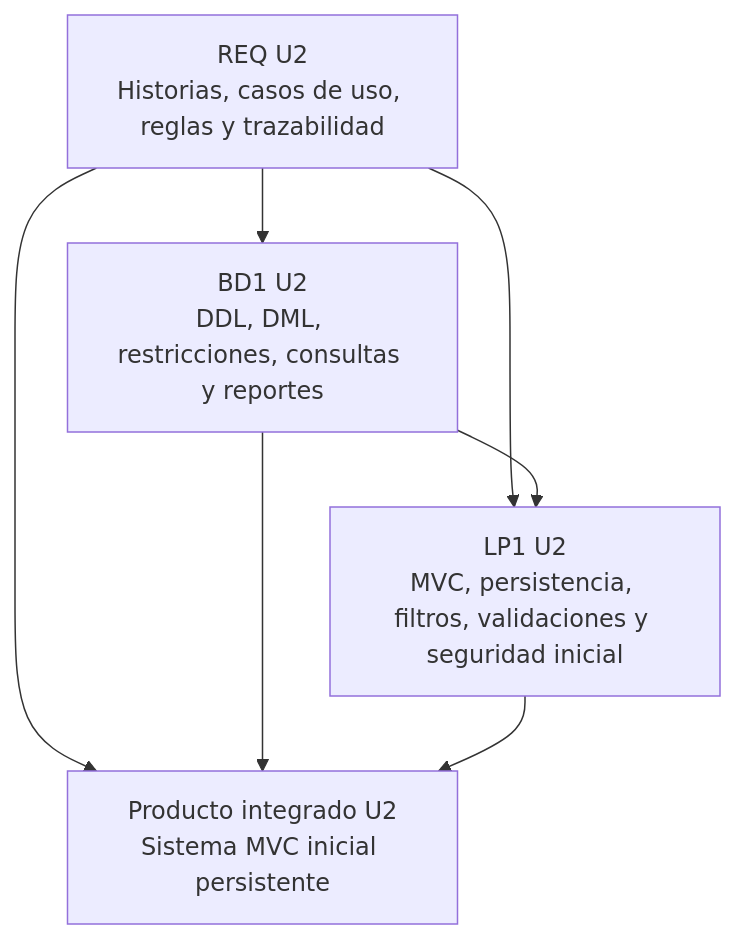
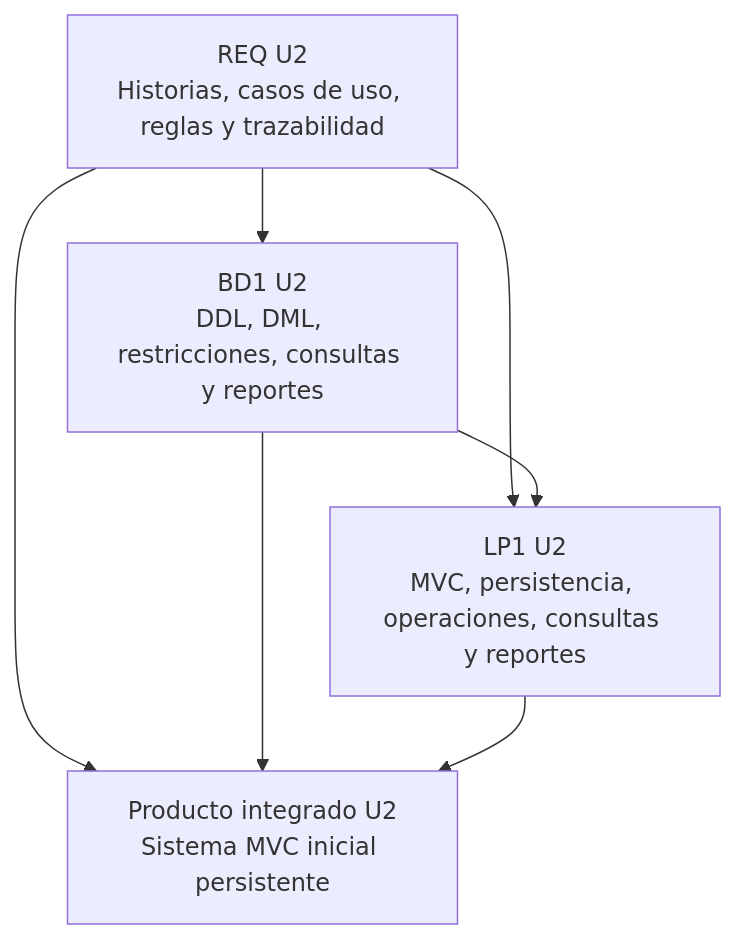
The first of 2 diagrams in docs/proyecto-integrador/u2/index.md (262ciclo3/bomstart), drawn with Mermaid before and after one commit. The commit also changed other lines of this file and 14 other files, not shown here.

````diff
--- a/docs/proyecto-integrador/u2/index.md
+++ b/docs/proyecto-integrador/u2/index.md
@@ -23,14 +23,14 @@
 ```mermaid
 flowchart TB
     A[REQ U2<br/>Historias, casos de uso, reglas y trazabilidad]
     B[BD1 U2<br/>DDL, DML, restricciones, consultas y reportes]
-    C[LP1 U2<br/>MVC, persistencia, filtros, validaciones y seguridad inicial]
+    C[LP1 U2<br/>MVC, persistencia, operaciones, consultas y reportes]
     D[Producto integrado U2<br/>Sistema MVC inicial persistente]
 
     A --> B
     A --> C
     B --> C
     A --> D
     B --> D
     C --> D
 ```
````
